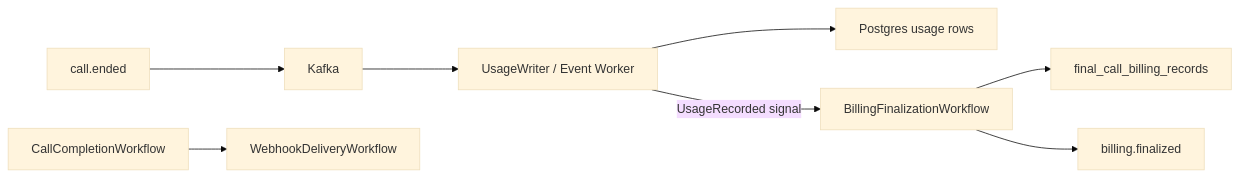
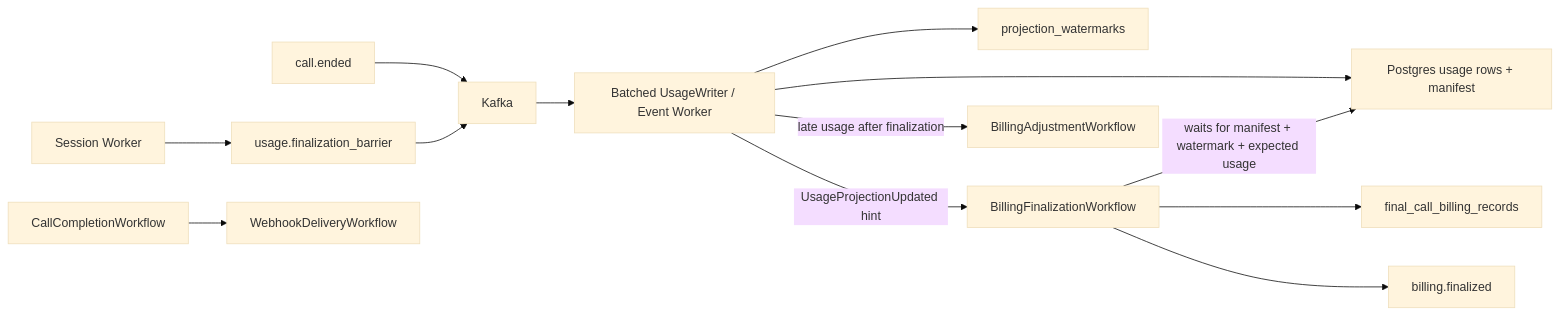
The fourth of 4 diagrams in docs/architecture.md (sivagirish81/VoiceMesh), drawn with Mermaid (base theme) before and after one commit. The commit also changed 23 other files, not shown here.

Commit message:
feat: add billing projection barriers

````diff
--- a/docs/architecture.md
+++ b/docs/architecture.md
@@ -233,10 +233,15 @@
 ```mermaid
 flowchart LR
     Ended["call.ended"] --> Kafka["Kafka"]
-    Kafka --> UsageWriter["UsageWriter / Event Worker"]
-    UsageWriter --> PG["Postgres usage rows"]
-    UsageWriter -->|"UsageRecorded signal"| Billing["BillingFinalizationWorkflow"]
+    Session["Session Worker"] --> Barrier["usage.finalization_barrier"]
+    Barrier --> Kafka
+    Kafka --> UsageWriter["Batched UsageWriter / Event Worker"]
+    UsageWriter --> PG["Postgres usage rows + manifest"]
+    UsageWriter --> Watermark["projection_watermarks"]
+    UsageWriter -->|"UsageProjectionUpdated hint"| Billing["BillingFinalizationWorkflow"]
+    Billing -->|"waits for manifest + watermark + expected usage"| PG
     Billing --> Final["final_call_billing_records"]
+    UsageWriter -->|"late usage after finalization"| Adjustment["BillingAdjustmentWorkflow"]
     Billing --> Event["billing.finalized"]
     Completion["CallCompletionWorkflow"] --> Webhook["WebhookDeliveryWorkflow"]
 ```
````
